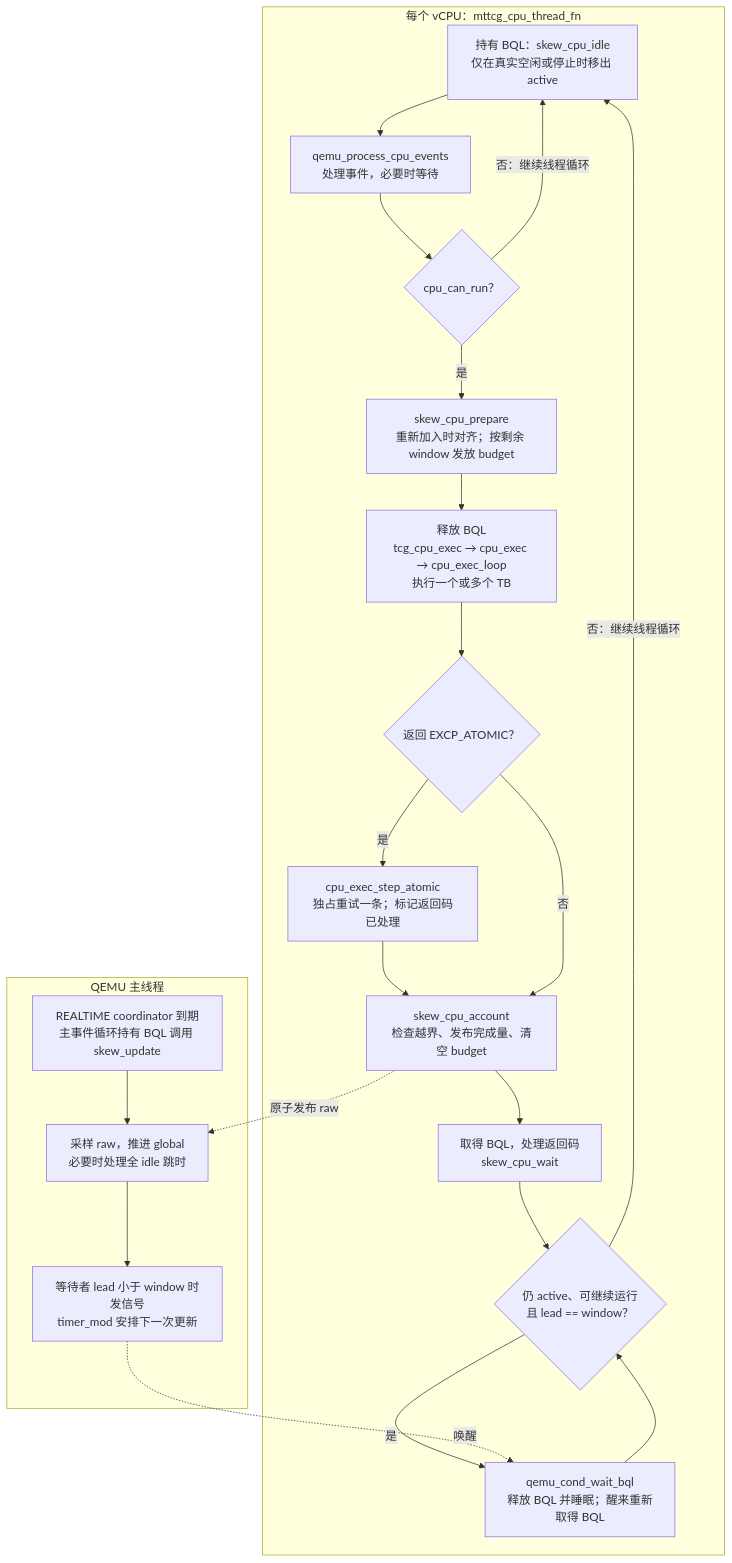
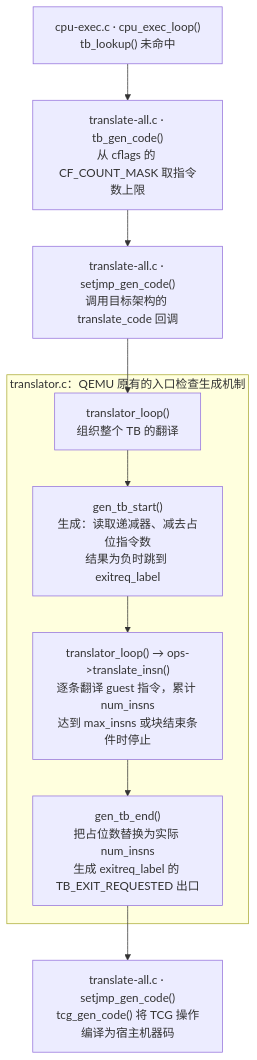
The second of 3 diagrams in docs/clock-model/SKEW_CODE_WIKI_zh.md (Andy-HNU/qemu_skew_timer), drawn with Mermaid before and after one commit. The commit also changed other lines of this file, not shown here.

Commit message:
docs: clarify skew TCG loop and budget execution diagrams

````diff
--- a/docs/clock-model/SKEW_CODE_WIKI_zh.md
+++ b/docs/clock-model/SKEW_CODE_WIKI_zh.md
@@ -100,32 +202,16 @@
 ```mermaid
 flowchart TD
-    subgraph VCPU["每个 vCPU：mttcg_cpu_thread_fn"]
-        A["持有 BQL：skew_cpu_idle<br/>仅在真实空闲或停止时移出 active"]
-        B["qemu_process_cpu_events<br/>处理事件，必要时等待"]
-        C{"cpu_can_run？"}
-        D["skew_cpu_prepare<br/>重新加入时对齐；按剩余 window 发放 budget"]
-        E["释放 BQL<br/>tcg_cpu_exec → cpu_exec → cpu_exec_loop<br/>执行一个或多个 TB"]
-        F{"返回 EXCP_ATOMIC？"}
-        G["cpu_exec_step_atomic<br/>独占重试一条；标记返回码已处理"]
-        H["skew_cpu_account<br/>检查越界、发布完成量、清空 budget"]
-        I["取得 BQL，处理返回码<br/>skew_cpu_wait"]
-        J{"仍 active、可继续运行<br/>且 lead == window？"}
-        K["qemu_cond_wait_bql<br/>释放 BQL 并睡眠；醒来重新取得 BQL"]
-        A --> B --> C
-        C -->|是| D --> E --> F
-        C -->|否：继续线程循环| A
-        F -->|是| G --> H
-        F -->|否| H
-        H --> I --> J
-        J -->|否：继续线程循环| A
-        J -->|是| K --> J
+    A["cpu-exec.c · cpu_exec_loop()<br/>tb_lookup() 未命中"]
+    B["translate-all.c · tb_gen_code()<br/>从 cflags 的 CF_COUNT_MASK 取指令数上限"]
+    C["translate-all.c · setjmp_gen_code()<br/>调用目标架构的 translate_code 回调"]
+    subgraph TR["translator.c：QEMU 原有的入口检查生成机制"]
+        D["translator_loop()<br/>组织整个 TB 的翻译"]
+        E["gen_tb_start()<br/>生成：读取递减器、减去占位指令数<br/>结果为负时跳到 exitreq_label"]
+        F["translator_loop() → ops->translate_insn()<br/>逐条翻译 guest 指令，累计 num_insns<br/>达到 max_insns 或块结束条件时停止"]
+        G["gen_tb_end()<br/>把占位数替换为实际 num_insns<br/>生成 exitreq_label 的 TB_EXIT_REQUESTED 出口"]
+        D --> E --> F --> G
     end
-    subgraph MAIN["QEMU 主线程"]
-        T["REALTIME coordinator 到期<br/>主事件循环持有 BQL 调用 skew_update"]
-        U["采样 raw，推进 global<br/>必要时处理全 idle 跳时"]
-        W["等待者 lead 小于 window 时发信号<br/>timer_mod 安排下一次更新"]
-        T --> U --> W
-    end
-    H -.->|原子发布 raw| U
-    W -.->|唤醒| K
+    H["translate-all.c · setjmp_gen_code()<br/>tcg_gen_code() 将 TCG 操作编译为宿主机器码"]
+    A --> B --> C --> D
+    G --> H
 ```
````
